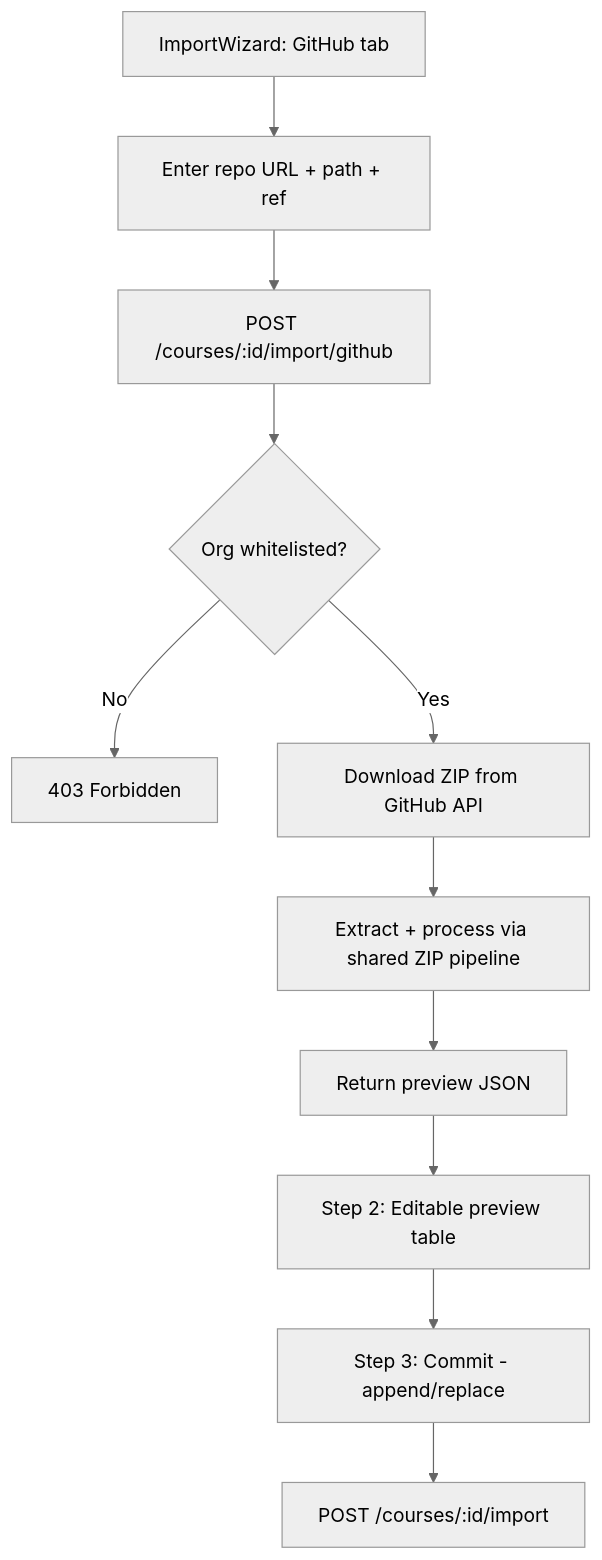
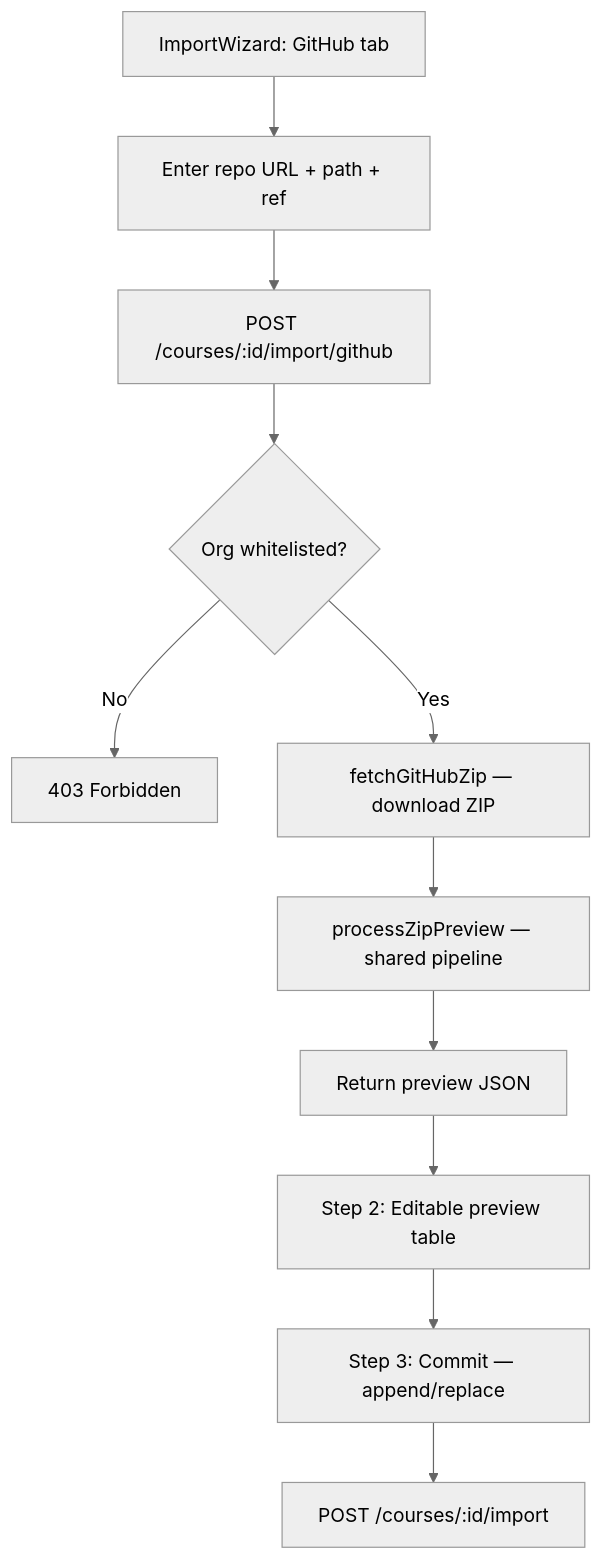
One commit to SM-Web-Systems/lms-crypto-production changed the second of 2 diagrams in docs/superpowers/specs/2026-08-11-upload-extensions-design.md. Above: the diagram before and after it, drawn with Mermaid (neutral theme). The commit also changed other lines of this file, not shown here.

First line of the commit message:
docs: update Phase 27 C1 spec — DOMPurify, image rendering, processZipPreview, extra tests

````diff
--- a/docs/superpowers/specs/2026-08-11-upload-extensions-design.md
+++ b/docs/superpowers/specs/2026-08-11-upload-extensions-design.md
@@ -238,13 +377,13 @@
 ```mermaid
 flowchart TD
     A[ImportWizard: GitHub tab] --> B[Enter repo URL + path + ref]
     B --> C[POST /courses/:id/import/github]
     C --> D{Org whitelisted?}
     D -->|No| E[403 Forbidden]
-    D -->|Yes| F[Download ZIP from GitHub API]
-    F --> G[Extract + process via shared ZIP pipeline]
+    D -->|Yes| F[fetchGitHubZip — download ZIP]
+    F --> G[processZipPreview — shared pipeline]
     G --> H[Return preview JSON]
     H --> I[Step 2: Editable preview table]
-    I --> J[Step 3: Commit - append/replace]
+    I --> J[Step 3: Commit — append/replace]
     J --> K[POST /courses/:id/import]
 ```
````
